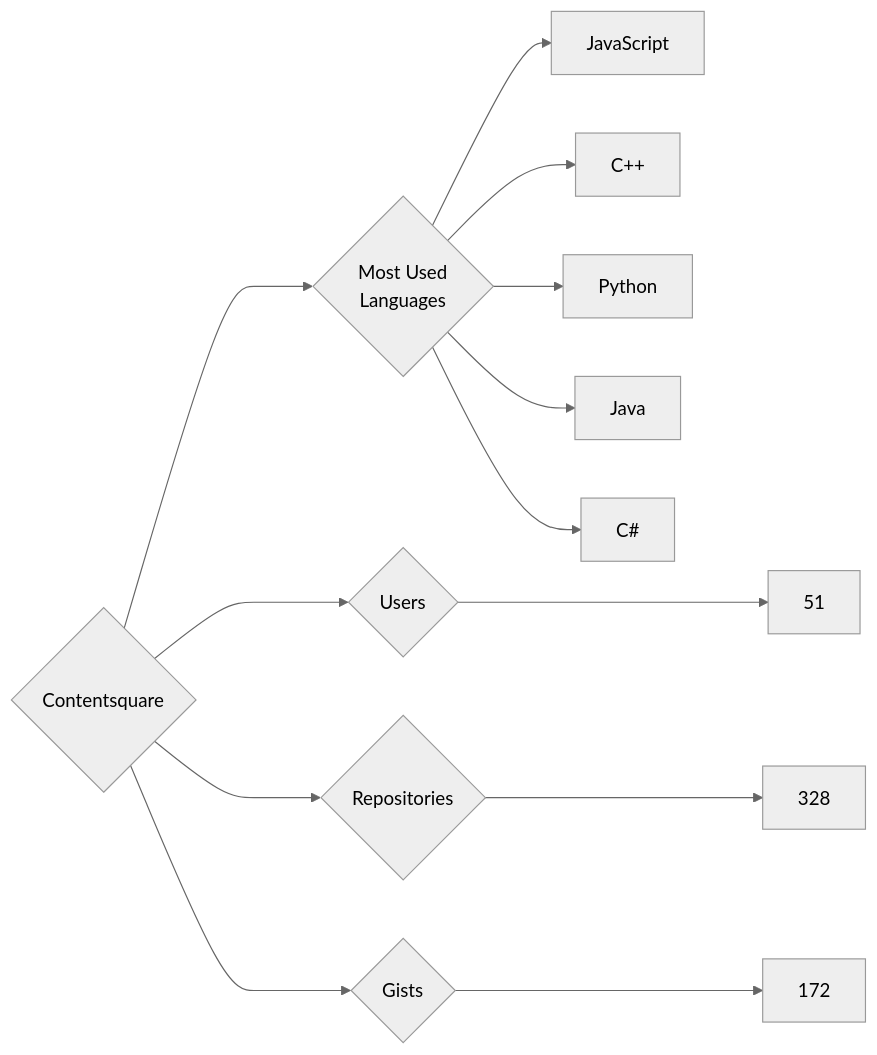
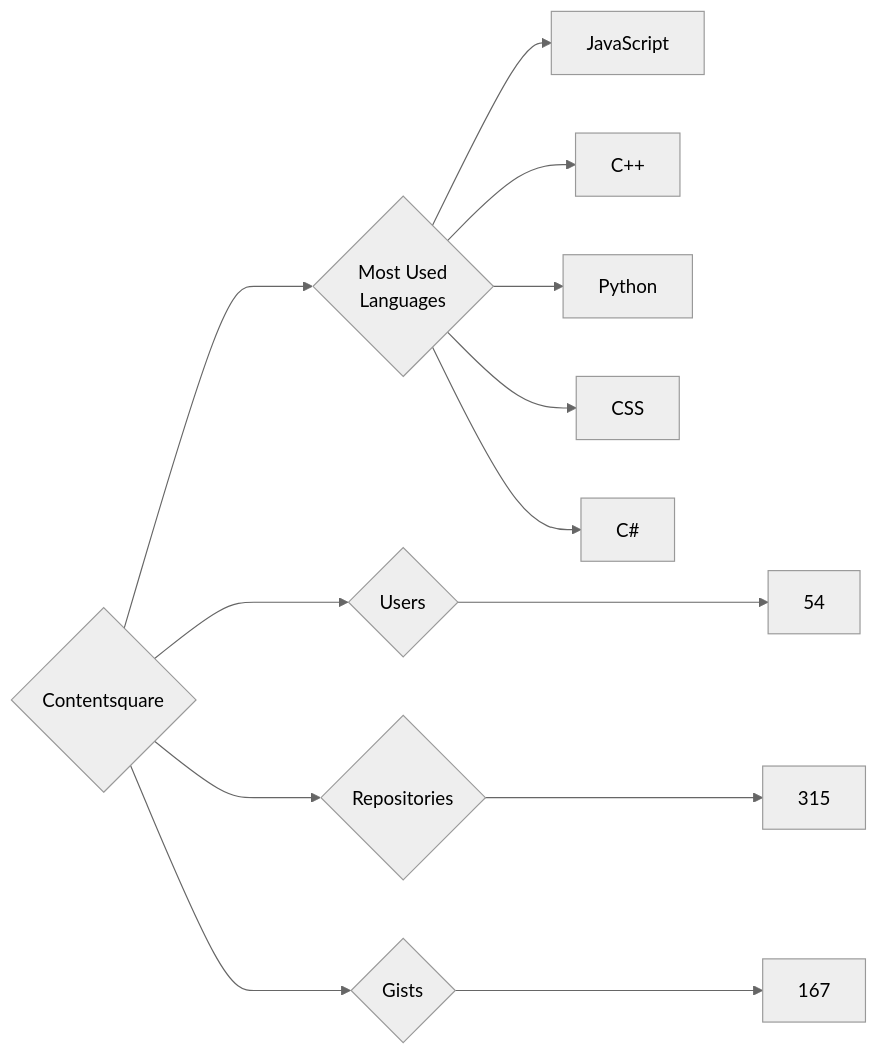
One commit to trickest/insiders changed the diagram in targets/Contentsquare/README.md. Above: the diagram before and after it, drawn with Mermaid (neutral theme). The commit also changed 1175 other files, not shown here.

````diff
--- a/targets/Contentsquare/README.md
+++ b/targets/Contentsquare/README.md
@@ -3,13 +3,13 @@
 ```mermaid
 graph LR
 COMPANY_NAME{Contentsquare}
-COMPANY_NAME ---> U{Users} ---> UN[51]
-COMPANY_NAME ---> R{Repositories} ---> RN[328]
-COMPANY_NAME ---> G{Gists} ---> GN[172]
+COMPANY_NAME ---> U{Users} ---> UN[54]
+COMPANY_NAME ---> R{Repositories} ---> RN[315]
+COMPANY_NAME ---> G{Gists} ---> GN[167]
 COMPANY_NAME ---> ML{Most Used<br>Languages}
 ML --> JavaScript[JavaScript]
 ML --> C++[C++]
 ML --> Python[Python]
-ML --> Java[Java]
+ML --> CSS[CSS]
 ML --> C#[C#]
 ```
````
